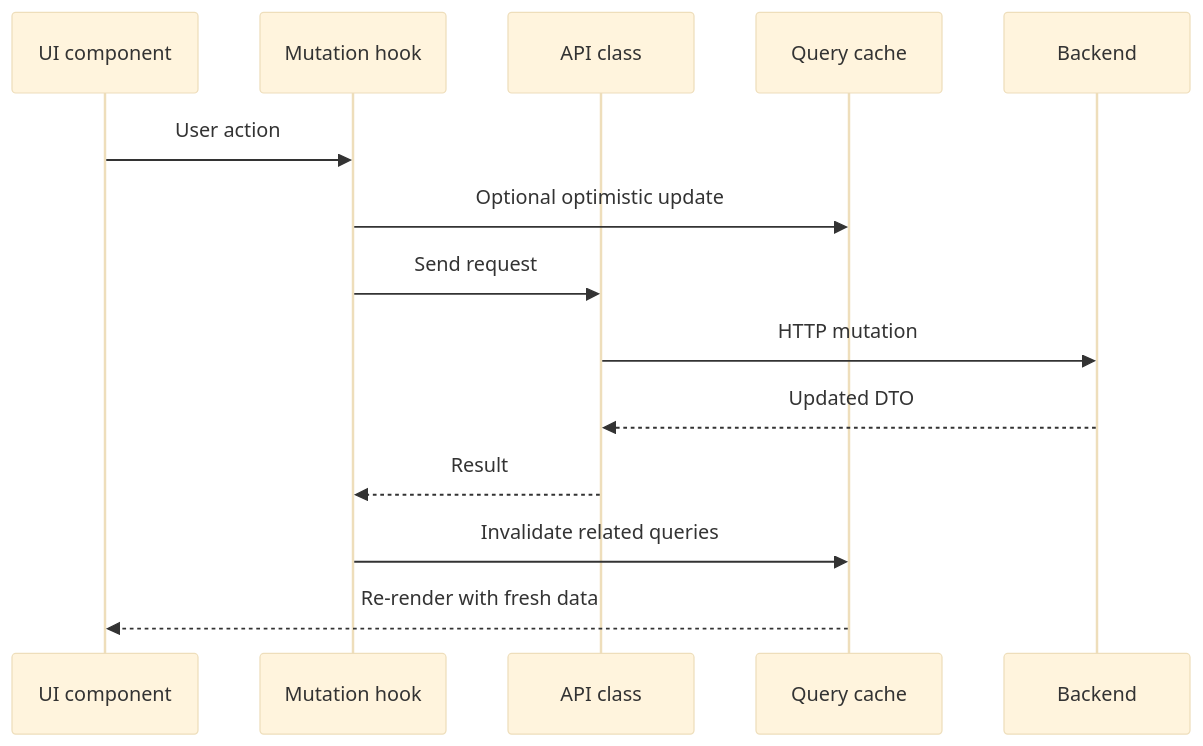
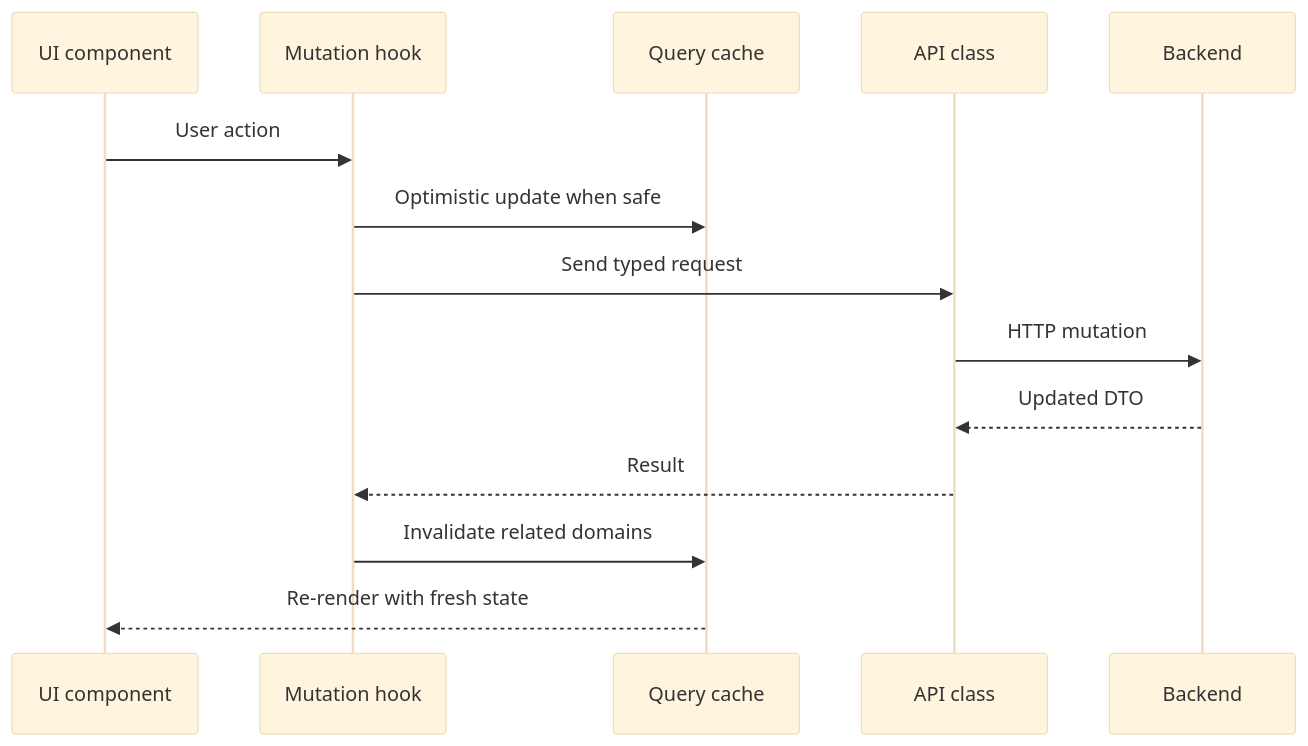
The third of 4 diagrams in documentation/frontend/data-flow.md (akhmetovKamil/useContent), drawn with Mermaid (base theme) before and after one commit. The commit also changed other lines of this file and 27 other files, not shown here.

````diff
--- a/documentation/frontend/data-flow.md
+++ b/documentation/frontend/data-flow.md
@@ -47,17 +63,17 @@
 ```mermaid
 sequenceDiagram
     participant UI as UI component
     participant Mutation as Mutation hook
+    participant Cache as Query cache
     participant API as API class
-    participant Cache as Query cache
-    participant Backend as Backend
+    participant Backend
 
     UI->>Mutation: User action
-    Mutation->>Cache: Optional optimistic update
-    Mutation->>API: Send request
+    Mutation->>Cache: Optimistic update when safe
+    Mutation->>API: Send typed request
     API->>Backend: HTTP mutation
     Backend-->>API: Updated DTO
     API-->>Mutation: Result
-    Mutation->>Cache: Invalidate related queries
-    Cache-->>UI: Re-render with fresh data
+    Mutation->>Cache: Invalidate related domains
+    Cache-->>UI: Re-render with fresh state
 ```
````
